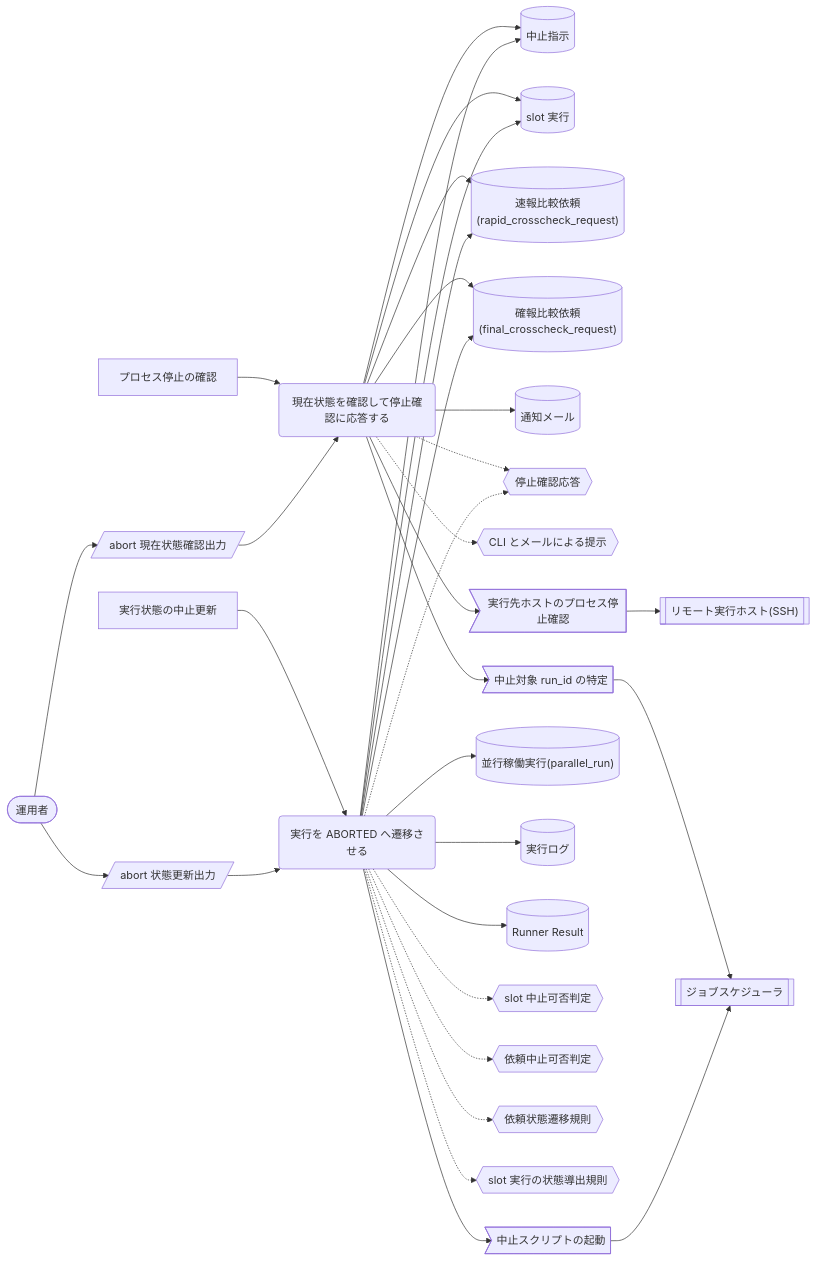
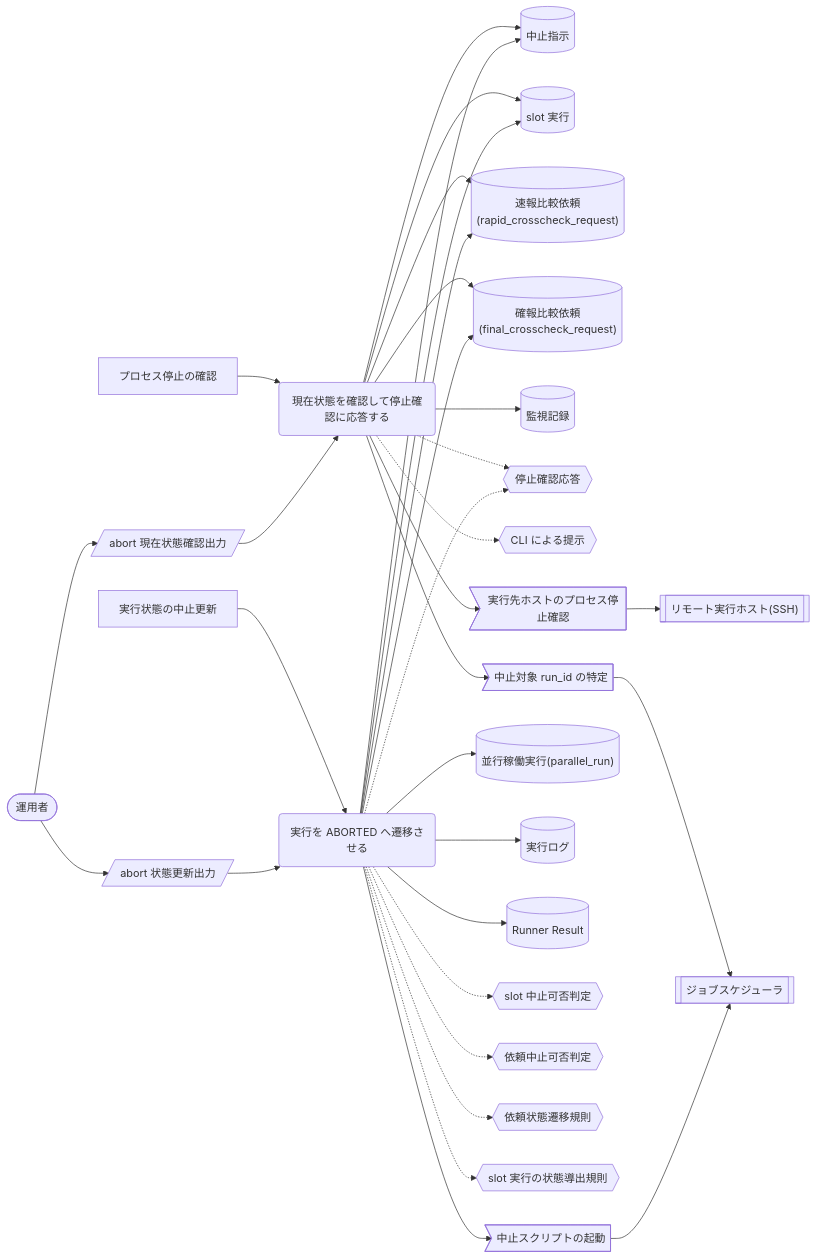
Before and after one commit to suwa-sh/relay-gate: the fifth of 8 diagrams in docs/rdra/latest/views/04_UC複合図.md, drawn with Mermaid. The commit also changed other lines of this file and 3014 other files, not shown here.

````diff
--- a/docs/rdra/latest/views/04_UC複合図.md
+++ b/docs/rdra/latest/views/04_UC複合図.md
@@ -530,60 +516,60 @@
 ```mermaid
 graph LR
   UC1("現在状態を確認して停止確認に応答する")
   AT1["プロセス停止の確認"]
   IF1[("中止指示")]
   IF2[("slot 実行")]
   IF3[("速報比較依頼(rapid_crosscheck_request)")]
   IF4[("確報比較依頼(final_crosscheck_request)")]
-  IF5[("通知メール")]
+  IF5[("監視記録")]
   CD1{{"停止確認応答"}}
-  CD2{{"CLI とメールによる提示"}}
+  CD2{{"CLI による提示"}}
   SC1[/"abort 現在状態確認出力"/]
   AC1(["運用者"])
   EV1>"中止対象 run_id の特定"]
   EX1[["ジョブスケジューラ"]]
   EV2>"実行先ホストのプロセス停止確認"]
   EX2[["リモート実行ホスト(SSH)"]]
   UC2("実行を ABORTED へ遷移させる")
   AT2["実行状態の中止更新"]
   IF6[("並行稼働実行(parallel_run)")]
   IF7[("実行ログ")]
   IF8[("Runner Result")]
   CD3{{"slot 中止可否判定"}}
   CD4{{"依頼中止可否判定"}}
   CD5{{"依頼状態遷移規則"}}
   CD6{{"slot 実行の状態導出規則"}}
   SC2[/"abort 状態更新出力"/]
   EV3>"中止スクリプトの起動"]
   AT1 --> UC1
   UC1 --> IF1
   UC1 --> IF2
   UC1 --> IF3
   UC1 --> IF4
   UC1 --> IF5
   UC1 -.-> CD1
   UC1 -.-> CD2
   AC1 --> SC1
   SC1 --> UC1
   UC1 --> EV1
   EV1 --> EX1
   UC1 --> EV2
   EV2 --> EX2
   AT2 --> UC2
   UC2 --> IF1
   UC2 --> IF2
   UC2 --> IF3
   UC2 --> IF4
   UC2 --> IF6
   UC2 --> IF7
   UC2 --> IF8
   UC2 -.-> CD3
   UC2 -.-> CD4
   UC2 -.-> CD1
   UC2 -.-> CD5
   UC2 -.-> CD6
   AC1 --> SC2
   SC2 --> UC2
   UC2 --> EV3
   EV3 --> EX1
 ```
````
